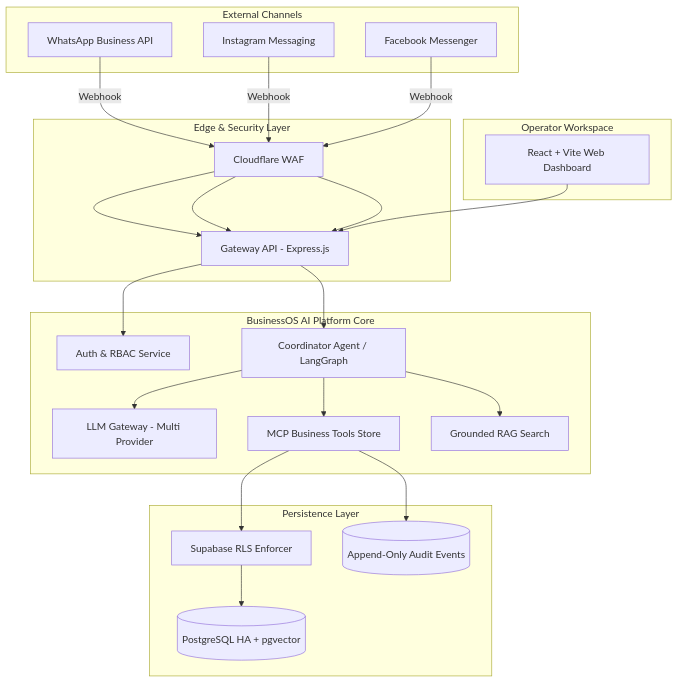
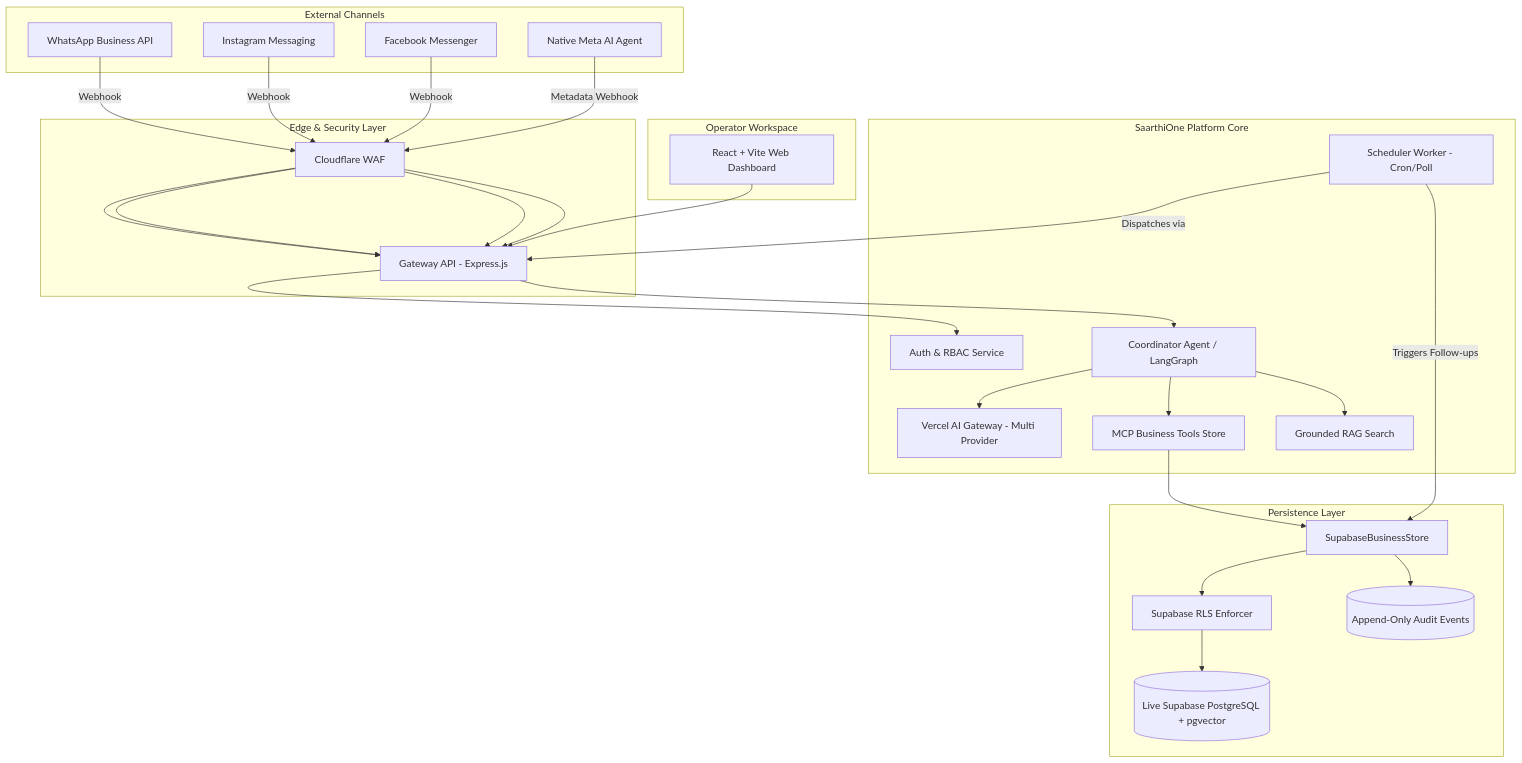
The diagram in docs/05-System-Architecture-HLD.md (AnupamaJain/BusinessOS-AI), drawn with Mermaid before and after one commit. The commit also changed 16 other files, not shown here.

First line of the commit message:
feat(gateway): Twilio WhatsApp adapter (sandbox-ready) with signature-verified inbound webhook

````diff
--- a/docs/05-System-Architecture-HLD.md
+++ b/docs/05-System-Architecture-HLD.md
@@ -3,44 +3,51 @@
 ```mermaid
 flowchart TD
     subgraph Channels["External Channels"]
         WA[WhatsApp Business API]
         IG[Instagram Messaging]
         FB[Facebook Messenger]
+        Meta[Native Meta AI Agent]
     end
 
     subgraph Edge["Edge & Security Layer"]
         CF[Cloudflare WAF]
         GW[Gateway API - Express.js]
     end
 
-    subgraph Core["BusinessOS AI Platform Core"]
+    subgraph Core["SaarthiOne Platform Core"]
         Auth[Auth & RBAC Service]
         Coord[Coordinator Agent / LangGraph]
-        LLM[LLM Gateway - Multi Provider]
+        LLM[Vercel AI Gateway - Multi Provider]
         MCP[MCP Business Tools Store]
         RAG[Grounded RAG Search]
+        Cron[Scheduler Worker - Cron/Poll]
     end
 
     subgraph Data["Persistence Layer"]
-        PG[(PostgreSQL HA + pgvector)]
+        PG[(Live Supabase PostgreSQL + pgvector)]
         RLS[Supabase RLS Enforcer]
         Audit[(Append-Only Audit Events)]
+        BusStore[SupabaseBusinessStore]
     end
 
     subgraph UI["Operator Workspace"]
         Web[React + Vite Web Dashboard]
     end
 
     WA -->|Webhook| CF --> GW
     IG -->|Webhook| CF --> GW
     FB -->|Webhook| CF --> GW
+    Meta -->|Metadata Webhook| CF --> GW
 
     GW --> Auth
     GW --> Coord
     Coord --> LLM
     Coord --> RAG
     Coord --> MCP
-    MCP --> RLS --> PG
-    MCP --> Audit
+    MCP --> BusStore
+    Cron -->|Triggers Follow-ups| BusStore
+    Cron -->|Dispatches via| GW
+    BusStore --> RLS --> PG
+    BusStore --> Audit
     Web --> GW
 ```
````
